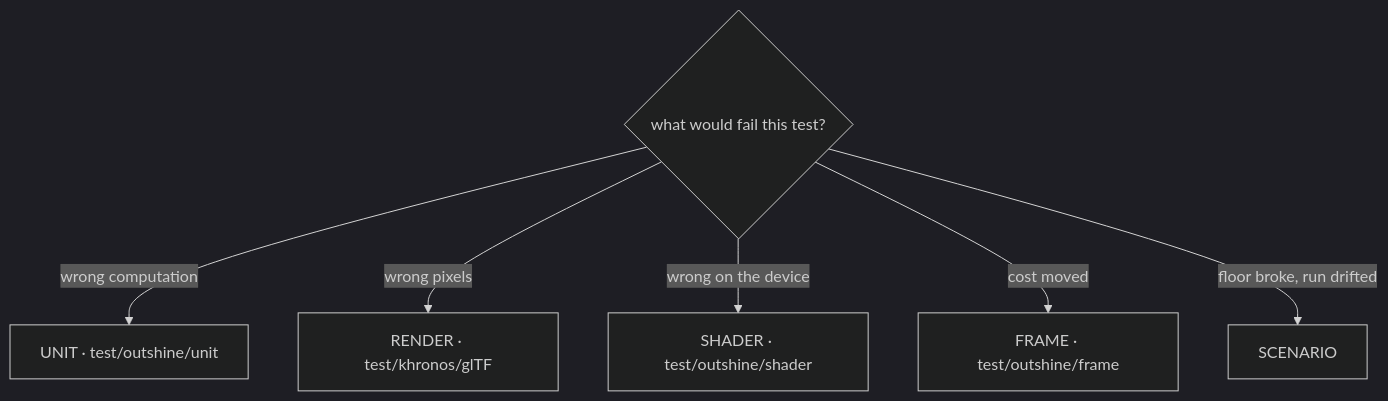
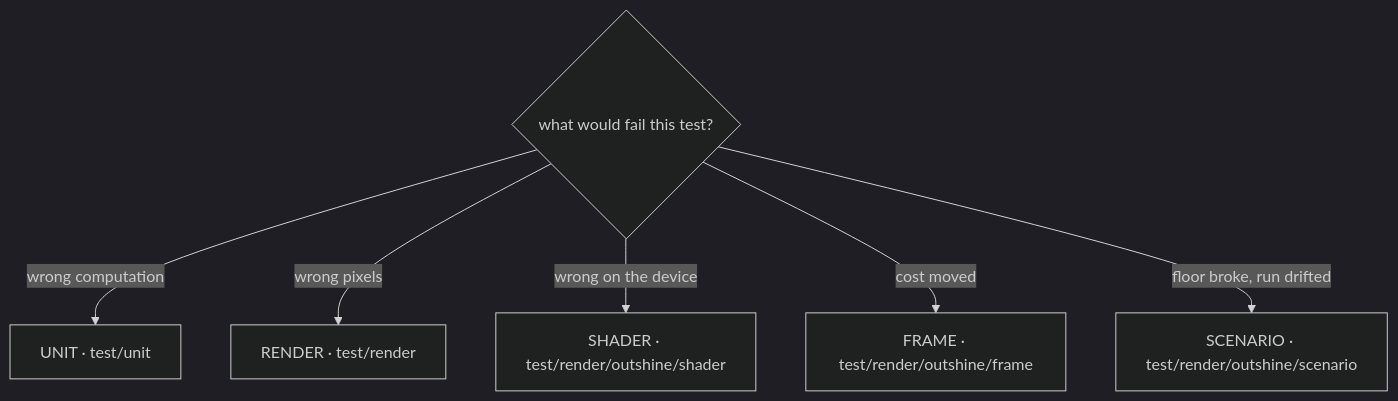
One commit to Weichwolf/outshine changed the fourth of 5 diagrams in CLAUDE.md. Above: the diagram before and after it, drawn with Mermaid (dark theme). The commit also changed other lines of this file and 1365 other files, not shown here.

````diff
--- a/CLAUDE.md
+++ b/CLAUDE.md
@@ -522,9 +522,9 @@
 ```mermaid
 flowchart TD
   q{"what would fail this test?"}
-  q -->|"wrong computation"| u["UNIT · test/outshine/unit"]
-  q -->|"wrong pixels"| r["RENDER · test/khronos/glTF"]
-  q -->|"wrong on the device"| s["SHADER · test/outshine/shader"]
-  q -->|"cost moved"| f["FRAME · test/outshine/frame"]
-  q -->|"floor broke, run drifted"| c["SCENARIO"]
+  q -->|"wrong computation"| u["UNIT · test/unit"]
+  q -->|"wrong pixels"| r["RENDER · test/render"]
+  q -->|"wrong on the device"| s["SHADER · test/render/outshine/shader"]
+  q -->|"cost moved"| f["FRAME · test/render/outshine/frame"]
+  q -->|"floor broke, run drifted"| c["SCENARIO · test/render/outshine/scenario"]
 ```
````
